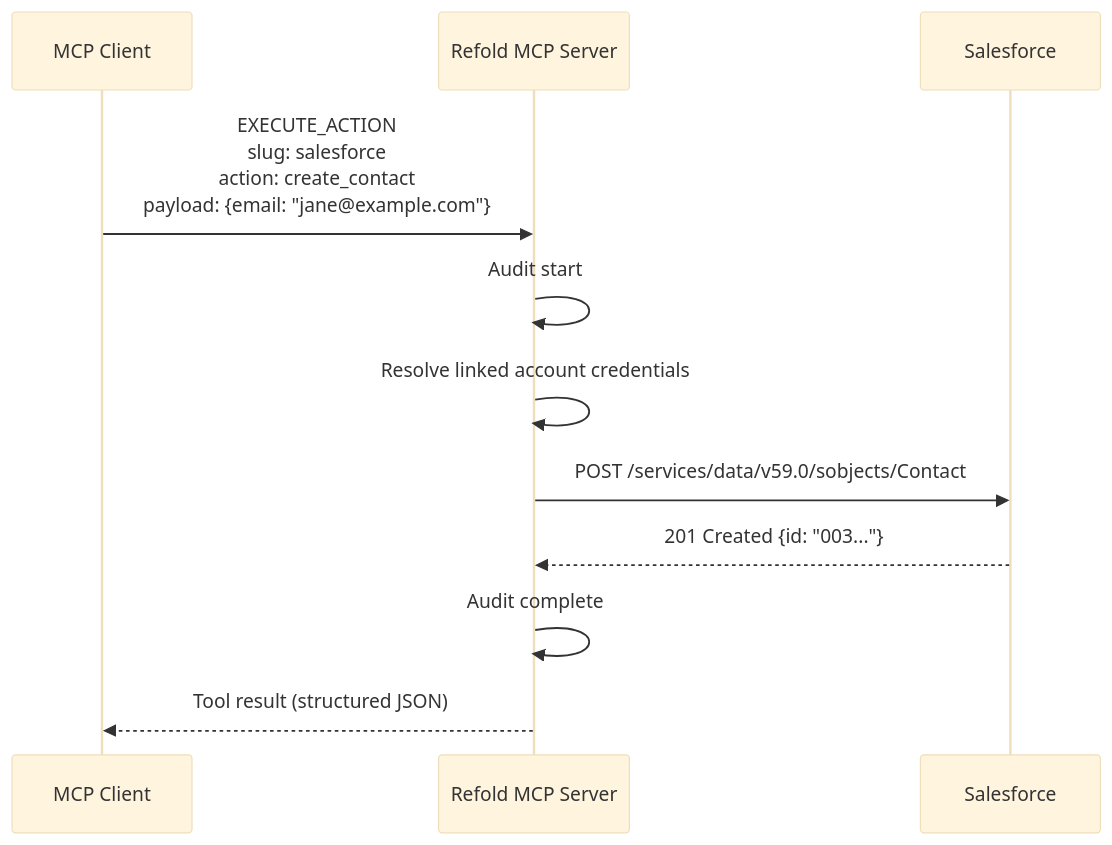
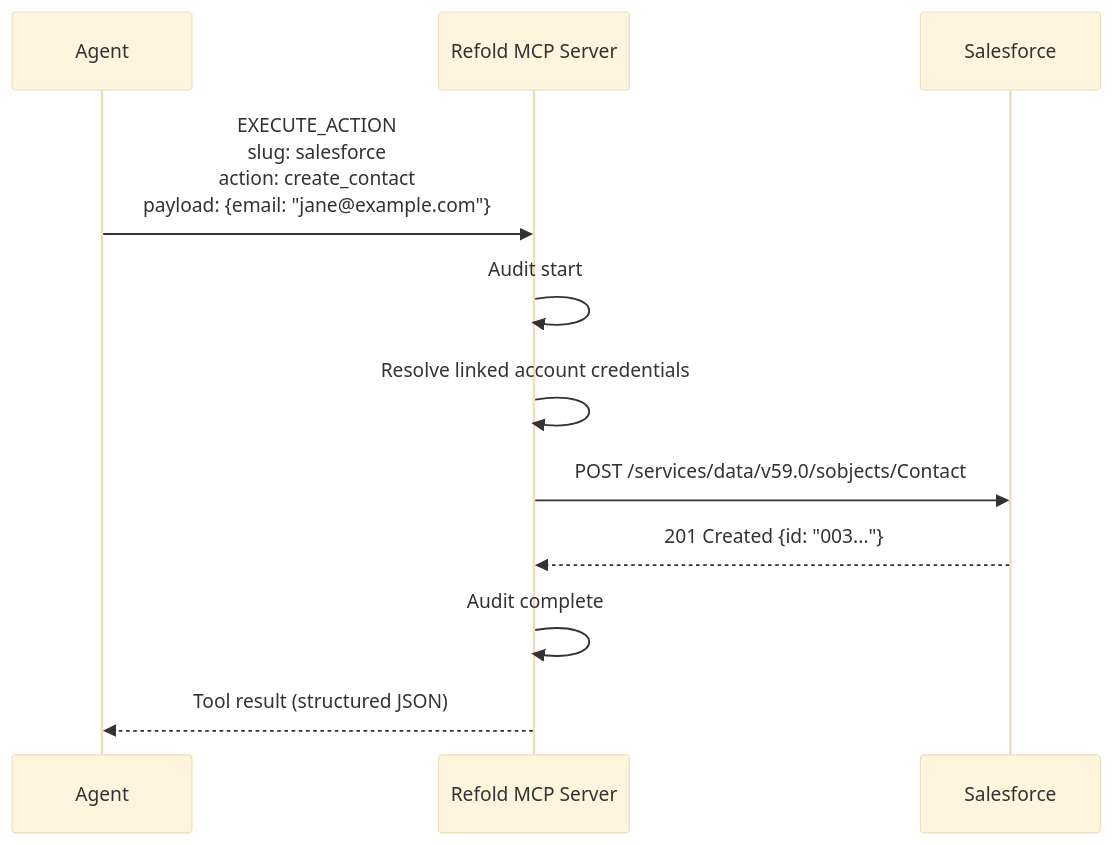
Before and after one commit to gocobalt/mintlify-docs: the second of 2 diagrams in mcp/architecture.mdx, drawn with Mermaid (base theme). The commit also changed 8 other files, not shown here.

````diff
--- a/mcp/architecture.mdx
+++ b/mcp/architecture.mdx
@@ -102,14 +102,14 @@
 ```mermaid
 sequenceDiagram
-    participant Agent as MCP Client
+    participant Agent
     participant Refold as Refold MCP Server
     participant App as Salesforce
 
     Agent->>Refold: EXECUTE_ACTION<br/>slug: salesforce<br/>action: create_contact<br/>payload: {email: "jane@example.com"}
     Refold->>Refold: Audit start
     Refold->>Refold: Resolve linked account credentials
     Refold->>App: POST /services/data/v59.0/sobjects/Contact
     App-->>Refold: 201 Created {id: "003..."}
     Refold->>Refold: Audit complete
     Refold-->>Agent: Tool result (structured JSON)
 ```
````
